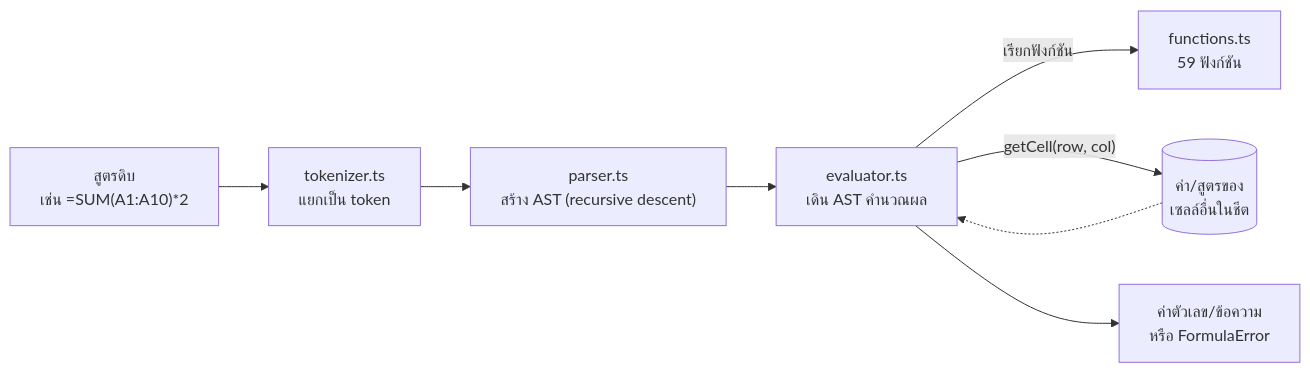
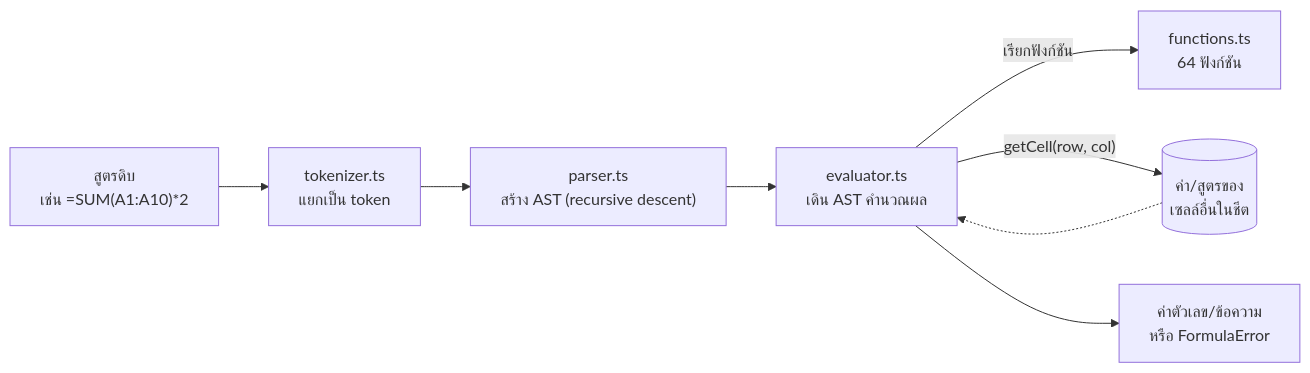
Before and after one commit to SuruchBoss/ExcelToGo: the third of 4 diagrams in README.md, drawn with Mermaid. The commit also changed other lines of this file and 16 other files, not shown here.

````diff
--- a/README.md
+++ b/README.md
@@ -1494,10 +1526,10 @@
 ```mermaid
 flowchart LR
     Raw["สูตรดิบ<br/>เช่น =SUM(A1:A10)*2"] --> Tok["tokenizer.ts<br/>แยกเป็น token"]
     Tok --> Par["parser.ts<br/>สร้าง AST (recursive descent)"]
     Par --> Eval["evaluator.ts<br/>เดิน AST คำนวณผล"]
-    Eval -->|"เรียกฟังก์ชัน"| Fn["functions.ts<br/>59 ฟังก์ชัน"]
+    Eval -->|"เรียกฟังก์ชัน"| Fn["functions.ts<br/>64 ฟังก์ชัน"]
     Eval -->|"getCell(row, col)"| Sheet[("ค่า/สูตรของ<br/>เซลล์อื่นในชีต")]
     Sheet -.-> Eval
     Eval --> Result["ค่าตัวเลข/ข้อความ<br/>หรือ FormulaError"]
 ```
````
